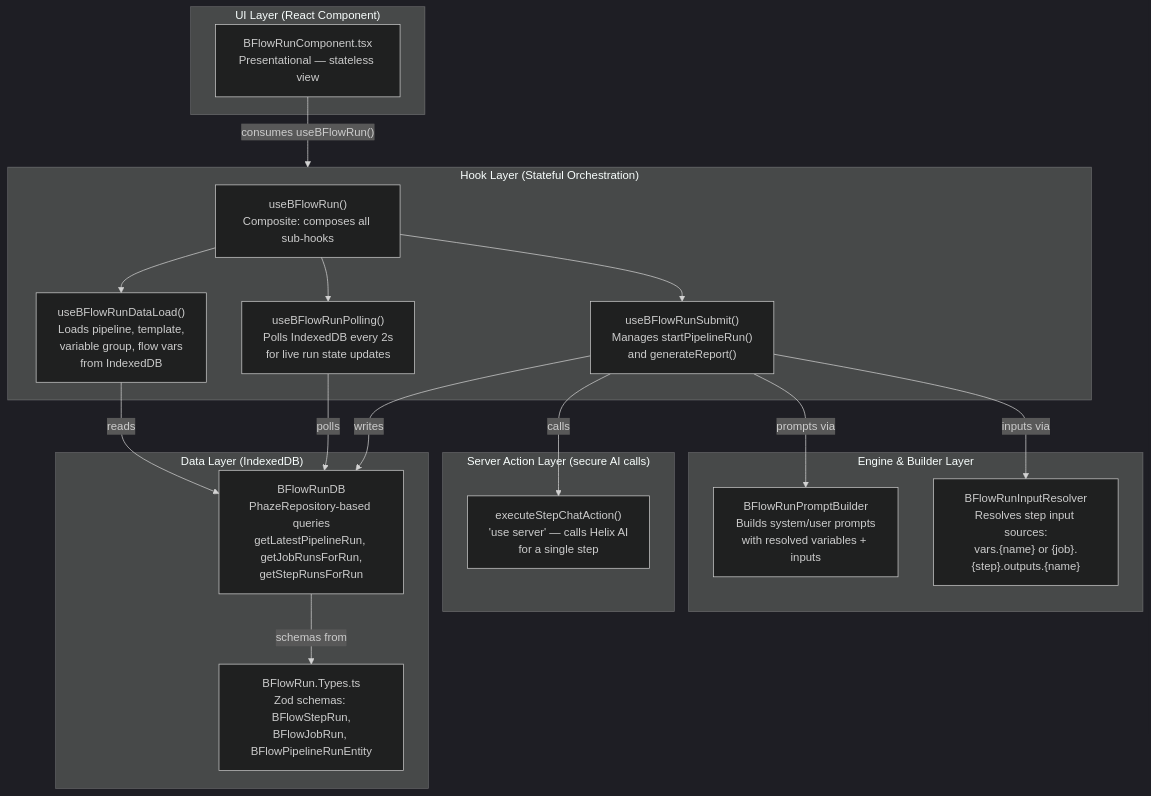
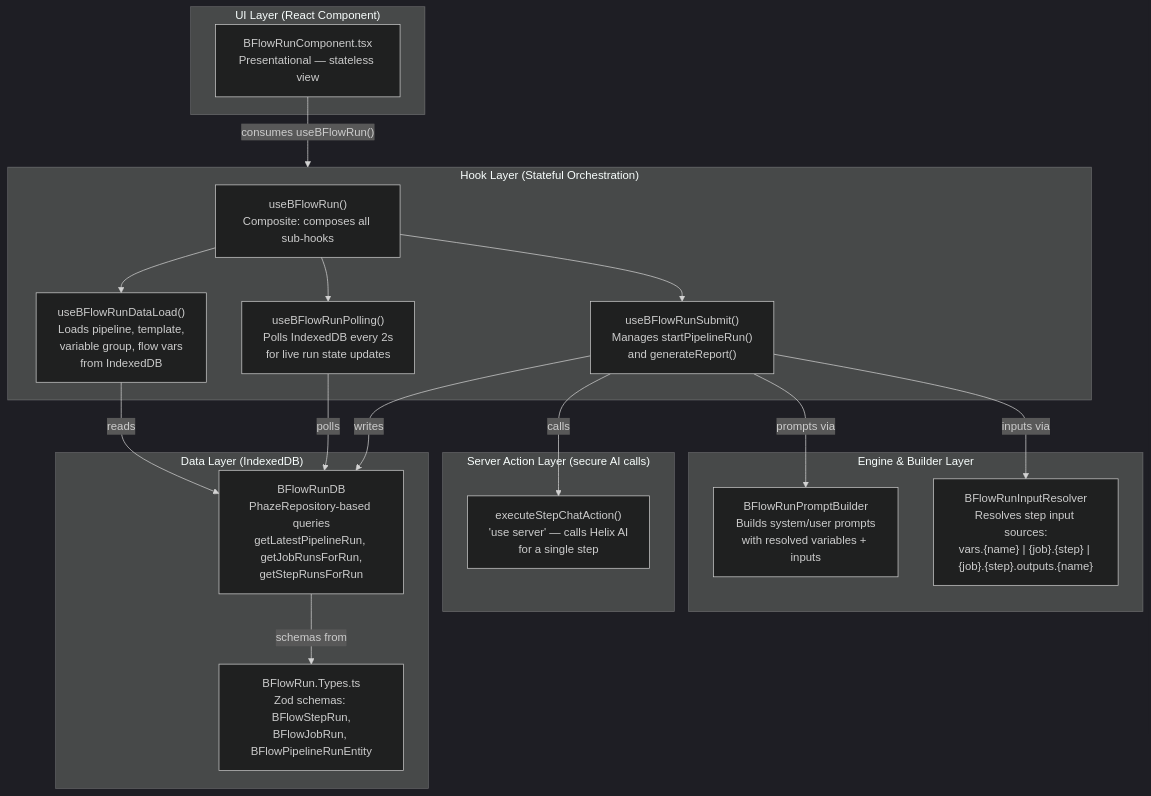
One commit to Sailosoft/korevel-xenon changed the first of 9 diagrams in src/modules/bunny-flow/docs/BFlowRun-Execution-Flowchart.md. Above: the diagram before and after it, drawn with Mermaid (dark theme). The commit also changed other lines of this file and 4 other files, not shown here.

Commit message:
BunnyFlow: Improve steps input resolver

````diff
--- a/src/modules/bunny-flow/docs/BFlowRun-Execution-Flowchart.md
+++ b/src/modules/bunny-flow/docs/BFlowRun-Execution-Flowchart.md
@@ -19,39 +19,39 @@
 ```mermaid
 flowchart TD
     subgraph UI_Layer ["UI Layer (React Component)"]
         BFlowRunComponent["BFlowRunComponent.tsx<br/>Presentational — stateless view"]
     end
 
     subgraph Hook_Layer ["Hook Layer (Stateful Orchestration)"]
         useBFlowRun["useBFlowRun()<br/>Composite: composes all sub-hooks"]
         useBFlowRunDataLoad["useBFlowRunDataLoad()<br/>Loads pipeline, template,<br/>variable group, flow vars<br/>from IndexedDB"]
         useBFlowRunPolling["useBFlowRunPolling()<br/>Polls IndexedDB every 2s<br/>for live run state updates"]
         useBFlowRunSubmit["useBFlowRunSubmit()<br/>Manages startPipelineRun()<br/>and generateReport()"]
     end
 
     subgraph Engine_Layer ["Engine & Builder Layer"]
         BFlowRunPromptBuilder["BFlowRunPromptBuilder<br/>Builds system/user prompts<br/>with resolved variables + inputs"]
-        BFlowRunInputResolver["BFlowRunInputResolver<br/>Resolves step input sources:<br/>vars.{name} or {job}.{step}.outputs.{name}"]
+        BFlowRunInputResolver["BFlowRunInputResolver<br/>Resolves step input sources:<br/>vars.{name} | {job}.{step} | {job}.{step}.outputs.{name}"]
     end
 
     subgraph Action_Layer ["Server Action Layer (secure AI calls)"]
         executeStepChatAction["executeStepChatAction()<br/>'use server' — calls Helix AI<br/>for a single step"]
     end
 
     subgraph Data_Layer ["Data Layer (IndexedDB)"]
         BFlowRun_Types["BFlowRun.Types.ts<br/>Zod schemas: BFlowStepRun,<br/>BFlowJobRun, BFlowPipelineRunEntity"]
         BFlowRunDB["BFlowRunDB<br/>PhazeRepository-based queries<br/>getLatestPipelineRun, getJobRunsForRun,<br/>getStepRunsForRun"]
     end
 
     BFlowRunComponent -->|"consumes useBFlowRun()"| Hook_Layer
     useBFlowRun --> useBFlowRunDataLoad
     useBFlowRun --> useBFlowRunPolling
     useBFlowRun --> useBFlowRunSubmit
     useBFlowRunSubmit -->|"prompts via"| BFlowRunPromptBuilder
     useBFlowRunSubmit -->|"inputs via"| BFlowRunInputResolver
     useBFlowRunSubmit -->|"calls"| executeStepChatAction
     useBFlowRunDataLoad -->|"reads"| BFlowRunDB
     useBFlowRunPolling -->|"polls"| BFlowRunDB
     useBFlowRunSubmit -->|"writes"| BFlowRunDB
     BFlowRunDB -->|"schemas from"| BFlowRun_Types
 ```
````
